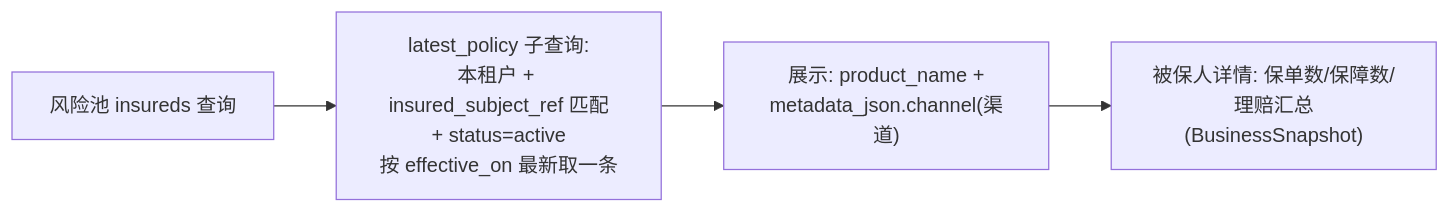
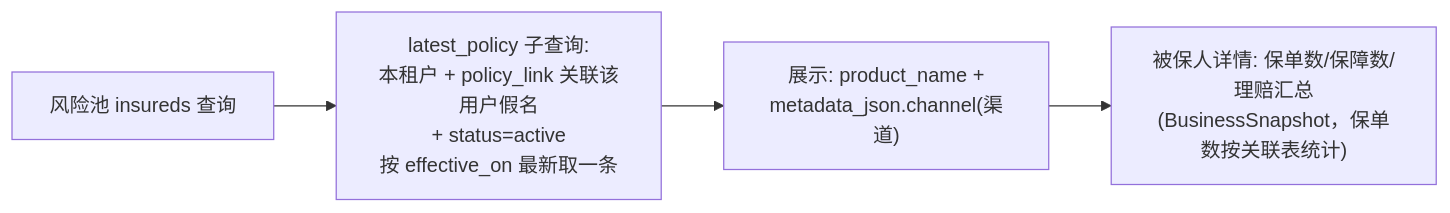
Before and after one commit to wjmlong/rehealth_tongbu: the fifth of 5 diagrams in docs/保险侧保单数据设计.md, drawn with Mermaid. The commit also changed other lines of this file and 19 other files, not shown here.

````diff
--- a/docs/保险侧保单数据设计.md
+++ b/docs/保险侧保单数据设计.md
@@ -159,6 +166,6 @@
 ```mermaid
 flowchart LR
-    R["风险池 insureds 查询"] --> P["latest_policy 子查询:<br>本租户 + insured_subject_ref 匹配<br>+ status=active<br>按 effective_on 最新取一条"]
+    R["风险池 insureds 查询"] --> P["latest_policy 子查询:<br>本租户 + policy_link 关联该用户假名<br>+ status=active<br>按 effective_on 最新取一条"]
     P --> D["展示: product_name +<br>metadata_json.channel(渠道)"]
-    D --> U["被保人详情: 保单数/保障数/理赔汇总<br>(BusinessSnapshot)"]
+    D --> U["被保人详情: 保单数/保障数/理赔汇总<br>(BusinessSnapshot，保单数按关联表统计)"]
 ```
````
